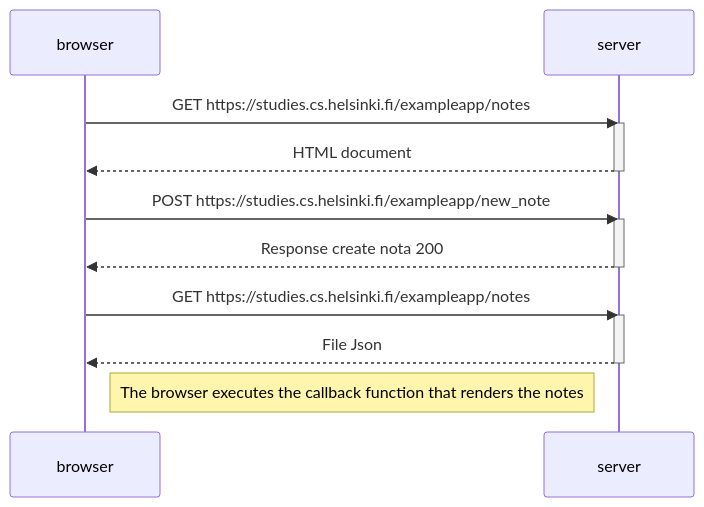
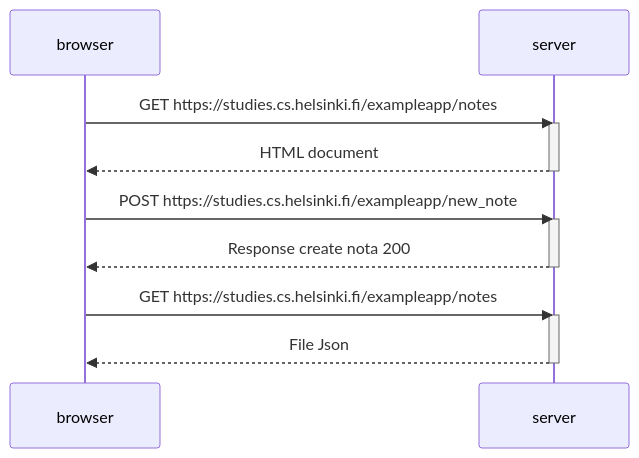
The second of 2 diagrams in part1/README.md (IsraelG10/Full-Stack-Open-2023), drawn with Mermaid before and after one commit.

Commit message:
create response

````diff
--- a/part1/README.md
+++ b/part1/README.md
@@ -40,23 +40,21 @@
 ```mermaid
 sequenceDiagram
     participant browser
     participant server
 
     browser->>server: GET https://studies.cs.helsinki.fi/exampleapp/notes
     activate server
     server-->>browser: HTML document
     deactivate server
 
     browser->>server: POST https://studies.cs.helsinki.fi/exampleapp/new_note
     activate server
     server-->>browser: Response create nota 200
     deactivate server
 
     browser->>server: GET https://studies.cs.helsinki.fi/exampleapp/notes
     activate server
     server-->>browser: File Json
     deactivate server
 
-
-    Note right of browser: The browser executes the callback function that renders the notes
 ```
````
